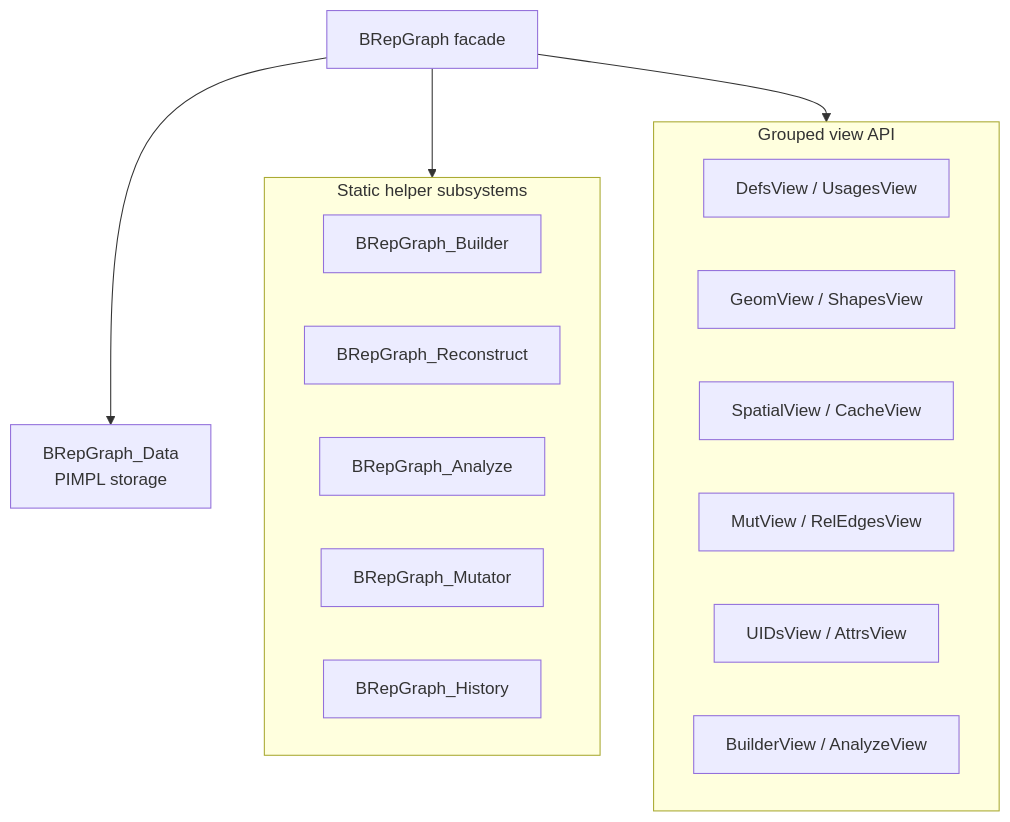
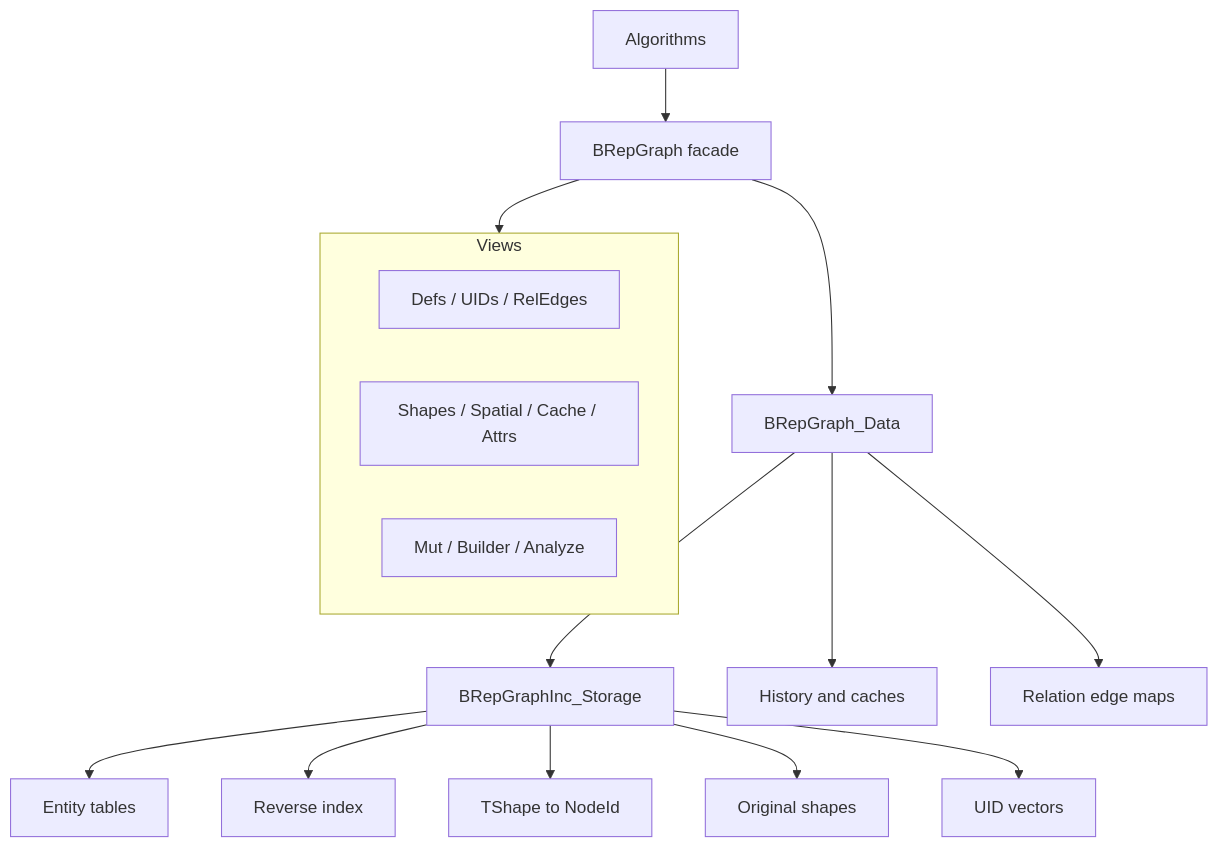
One commit to Open-Cascade-SAS/OCCT changed the first of 3 diagrams in src/ModelingData/TKBRep/BRepGraph/README.md. Above: the diagram before and after it, drawn with Mermaid. The commit also changed other lines of this file and 3 other files, not shown here.

Commit message:
refactor(BRepGraphInc): add architecture and README documentation for backend clarity and structure

````diff
--- a/src/ModelingData/TKBRep/BRepGraph/README.md
+++ b/src/ModelingData/TKBRep/BRepGraph/README.md
@@ -64,27 +30,22 @@
 ```mermaid
 flowchart TB
-  G[BRepGraph facade]
-  D[BRepGraph_Data
-  PIMPL storage]
+  A[Algorithms] --> G[BRepGraph facade]
 
-  subgraph Helpers[Static helper subsystems]
-    B[BRepGraph_Builder]
-    R[BRepGraph_Reconstruct]
-    A[BRepGraph_Analyze]
-    M[BRepGraph_Mutator]
-    H[BRepGraph_History]
+  subgraph Views
+    V1[Defs / UIDs / RelEdges]
+    V2[Shapes / Spatial / Cache / Attrs]
+    V3[Mut / Builder / Analyze]
   end
 
-  subgraph Views[Grouped view API]
-    V1[DefsView / UsagesView]
-    V2[GeomView / ShapesView]
-    V3[SpatialView / CacheView]
-    V4[MutView / RelEdgesView]
-    V5[UIDsView / AttrsView]
-    V6[BuilderView / AnalyzeView]
-  end
+  G --> Views
+  G --> D[BRepGraph_Data]
+  D --> S[BRepGraphInc_Storage]
+  D --> H[History and caches]
+  D --> R[Relation edge maps]
 
-  G --> D
-  G --> Helpers
-  G --> Views
+  S --> E[Entity tables]
+  S --> X[Reverse index]
+  S --> T[TShape to NodeId]
+  S --> O[Original shapes]
+  S --> U[UID vectors]
 ```
````
